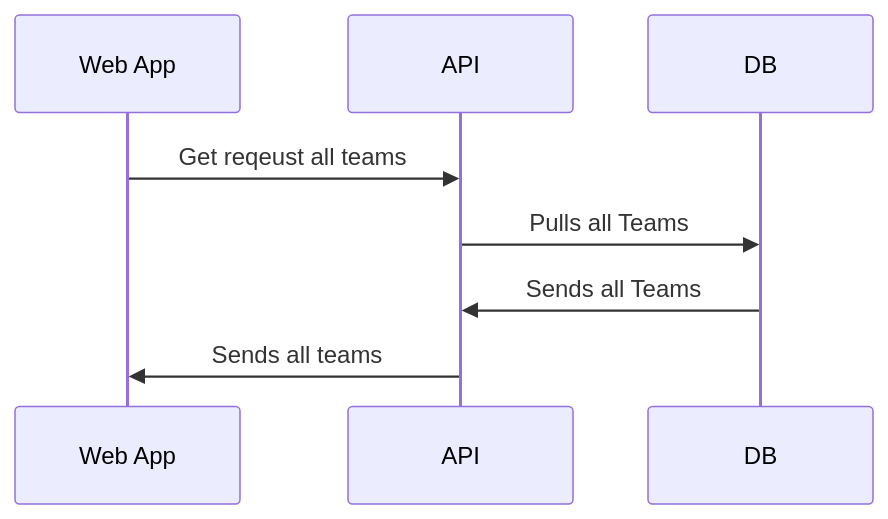
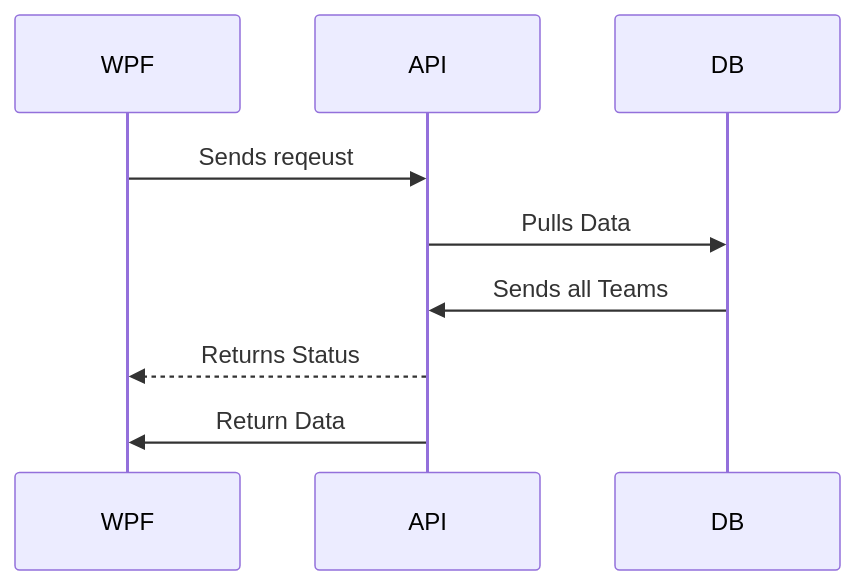
One commit to ThisIsCed/CSGO-TEAM-API changed the second of 3 diagrams in README.md. Above: the diagram before and after it, drawn with Mermaid. The commit also changed other lines of this file, not shown here.

````diff
--- a/README.md
+++ b/README.md
@@ -81,7 +81,8 @@
 ```mermaid
 sequenceDiagram
-Web App->> API: Get reqeust all teams
-API->>DB: Pulls all Teams
+WPF->> API: Sends reqeust
+API->>DB: Pulls Data
 DB ->> API: Sends all Teams
-API ->> Web App: Sends all teams 
+API -->> WPF: Returns Status
+API ->> WPF: Return Data
 ```
````
